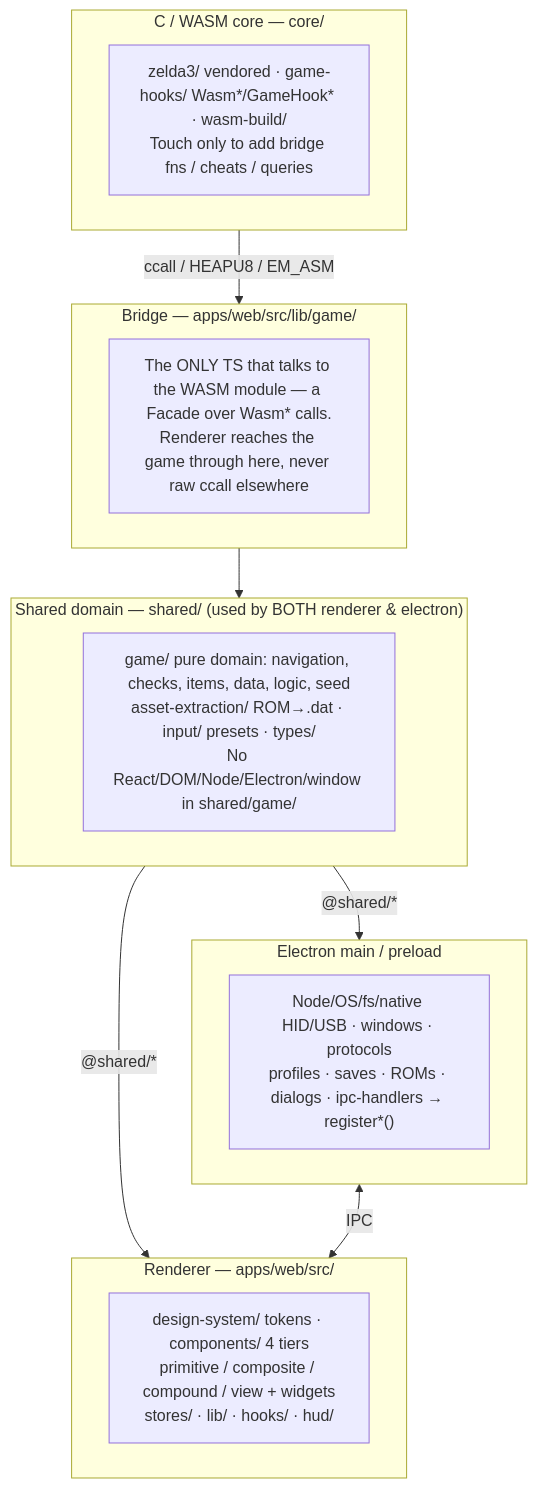
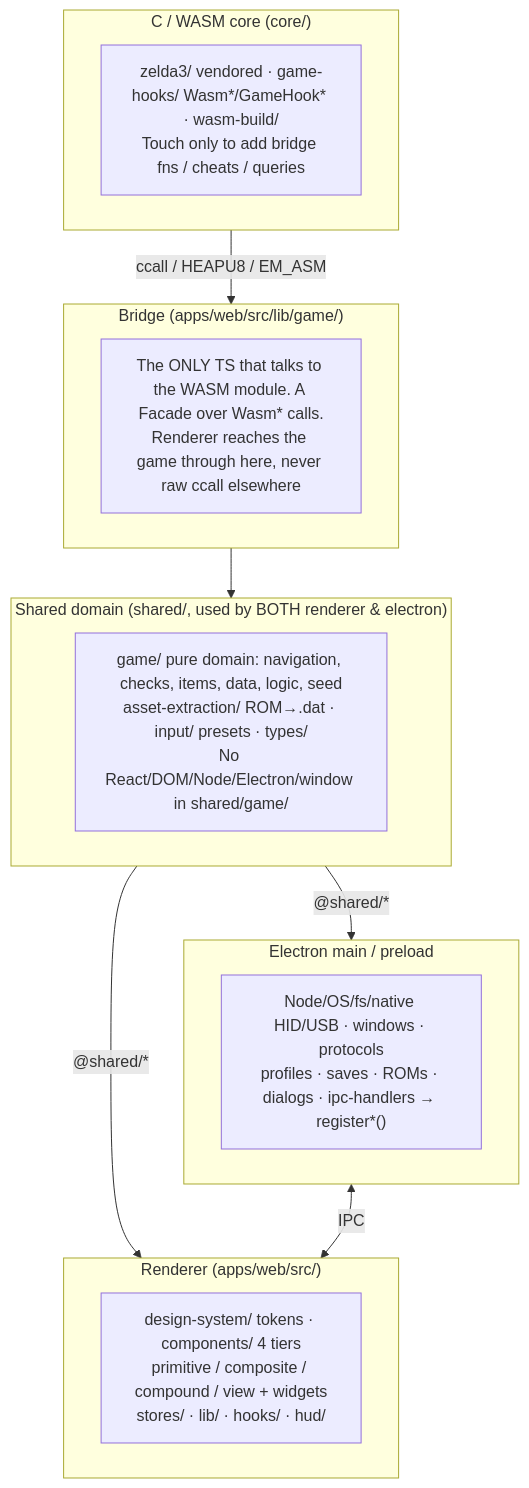
Before and after one commit to drizztdourden08/relic-of-the-past: the diagram in docs/architecture/overview.md, drawn with Mermaid. The commit also changed other lines of this file and 2120 other files, not shown here.

````diff
--- a/docs/architecture/overview.md
+++ b/docs/architecture/overview.md
@@ -14,23 +14,23 @@
 ```mermaid
 flowchart TD
-    subgraph CORE["C / WASM core — core/"]
+    subgraph CORE["C / WASM core (core/)"]
         Z["zelda3/ vendored · game-hooks/ Wasm*/GameHook* · wasm-build/<br/>Touch only to add bridge fns / cheats / queries"]
     end
-    subgraph BRIDGE["Bridge — apps/web/src/lib/game/"]
-        B["The ONLY TS that talks to the WASM module — a Facade over Wasm* calls.<br/>Renderer reaches the game through here, never raw ccall elsewhere"]
+    subgraph BRIDGE["Bridge (apps/web/src/lib/game/)"]
+        B["The ONLY TS that talks to the WASM module. A Facade over Wasm* calls.<br/>Renderer reaches the game through here, never raw ccall elsewhere"]
     end
-    subgraph SHARED["Shared domain — shared/ (used by BOTH renderer & electron)"]
+    subgraph SHARED["Shared domain (shared/, used by BOTH renderer & electron)"]
         S["game/ pure domain: navigation, checks, items, data, logic, seed<br/>asset-extraction/ ROM→.dat · input/ presets · types/<br/>No React/DOM/Node/Electron/window in shared/game/"]
     end
     subgraph EL["Electron main / preload"]
         E["Node/OS/fs/native HID/USB · windows · protocols<br/>profiles · saves · ROMs · dialogs · ipc-handlers → register*()"]
     end
-    subgraph REN["Renderer — apps/web/src/"]
+    subgraph REN["Renderer (apps/web/src/)"]
         R["design-system/ tokens · components/ 4 tiers<br/>primitive / composite / compound / view + widgets<br/>stores/ · lib/ · hooks/ · hud/"]
     end
     CORE -->|"ccall / HEAPU8 / EM_ASM"| BRIDGE
     BRIDGE --> SHARED
     SHARED -->|"@shared/*"| EL
     SHARED -->|"@shared/*"| REN
     EL <-->|"IPC"| REN
 ```
````
